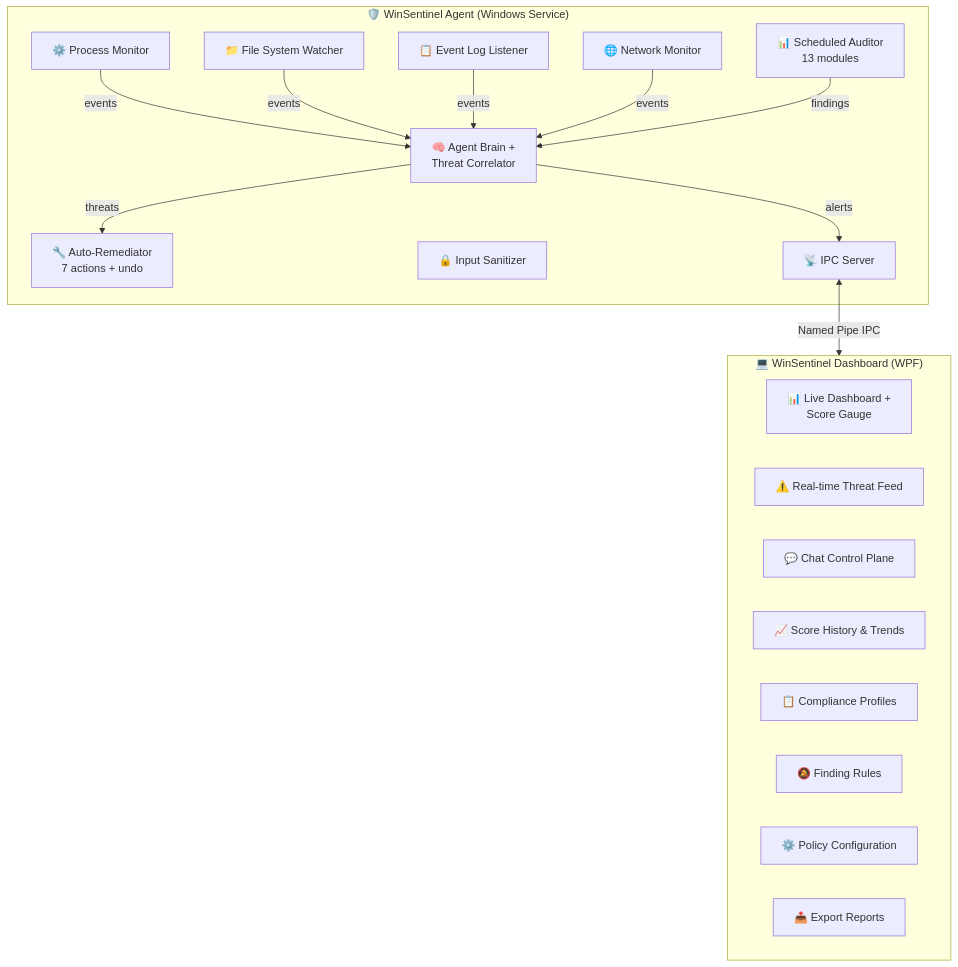
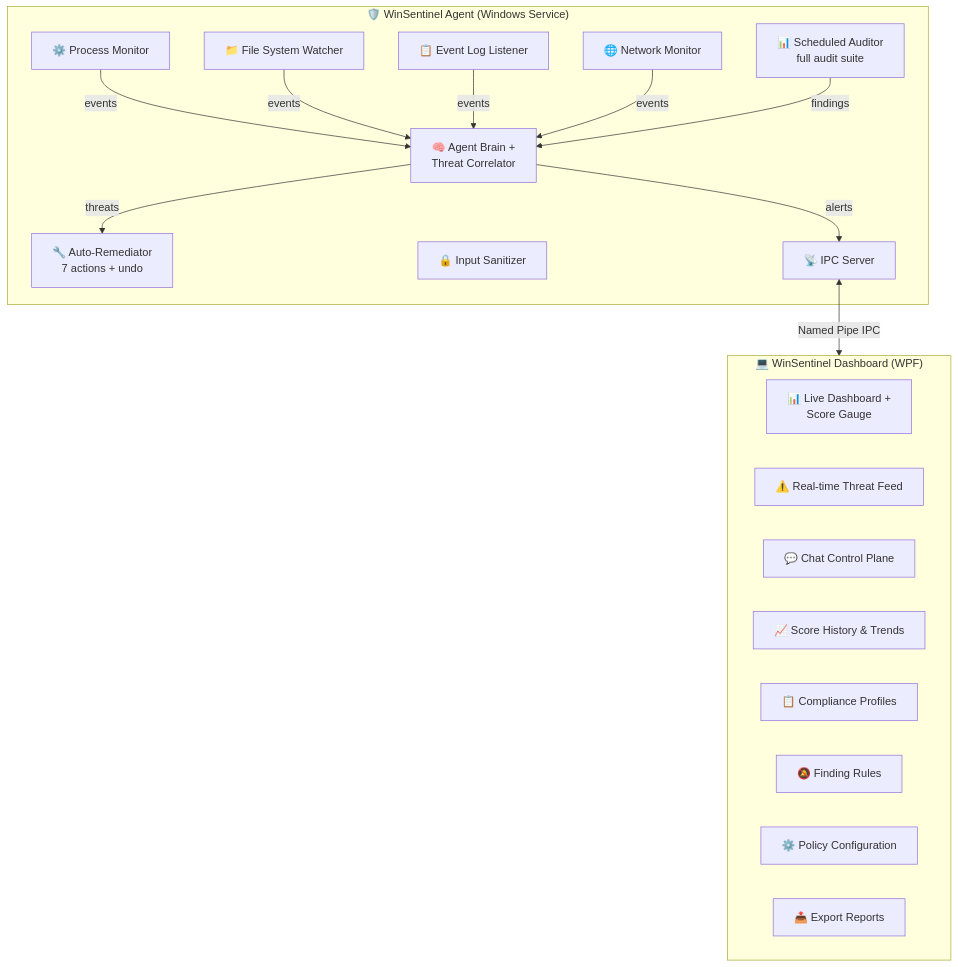
Before and after one commit to sauravbhattacharya001/WinSentinel: the first of 2 diagrams in README.md, drawn with Mermaid. The commit also changed 1 other file, not shown here.

Commit message:
docs: drop stale count from architecture diagram; guard bare module claims
The Scheduled Auditor diagram label claimed 13 modules. In code,
ScheduledAuditModule runs AuditEngine.RunFullAuditAsync -- the full
suite (all 64 modules) -- so the 13 was the total-count fossil from
the 13-module era, not a subsystem count. Label is now version-free
("full audit suite") so it cannot rot again.

Also extend check-module-count.py: bare "N modules" claims (diagram
labels, tree comments) must now match the code count too, not just
"N audit modules" phrasings. Proven both ways locally: fails on the
old diagram text and on a mutated tree comment, passes on this tree.

````diff
--- a/README.md
+++ b/README.md
@@ -47,31 +47,31 @@
 ```mermaid
 graph TB
     subgraph Agent["🛡️ WinSentinel Agent (Windows Service)"]
         PM[⚙️ Process Monitor]
         FM[📁 File System Watcher]
         EL[📋 Event Log Listener]
         NM[🌐 Network Monitor]
-        SA[📊 Scheduled Auditor<br/>13 modules]
+        SA[📊 Scheduled Auditor<br/>full audit suite]
         AB[🧠 Agent Brain +<br/>Threat Correlator]
         AR[🔧 Auto-Remediator<br/>7 actions + undo]
         IS[🔒 Input Sanitizer]
         IPC_S[📡 IPC Server]
     end
 
     subgraph Dashboard["💻 WinSentinel Dashboard (WPF)"]
         LD[📊 Live Dashboard +<br/>Score Gauge]
         TF[⚠️ Real-time Threat Feed]
         CC[💬 Chat Control Plane]
         SH[📈 Score History & Trends]
         CP[📋 Compliance Profiles]
         FR[🔕 Finding Rules]
         PC[⚙️ Policy Configuration]
         ER[📤 Export Reports]
     end
 
     PM & FM & EL & NM -->|events| AB
     SA -->|findings| AB
     AB -->|threats| AR
     AB -->|alerts| IPC_S
     IPC_S <-->|Named Pipe IPC| Dashboard
 ```
````
